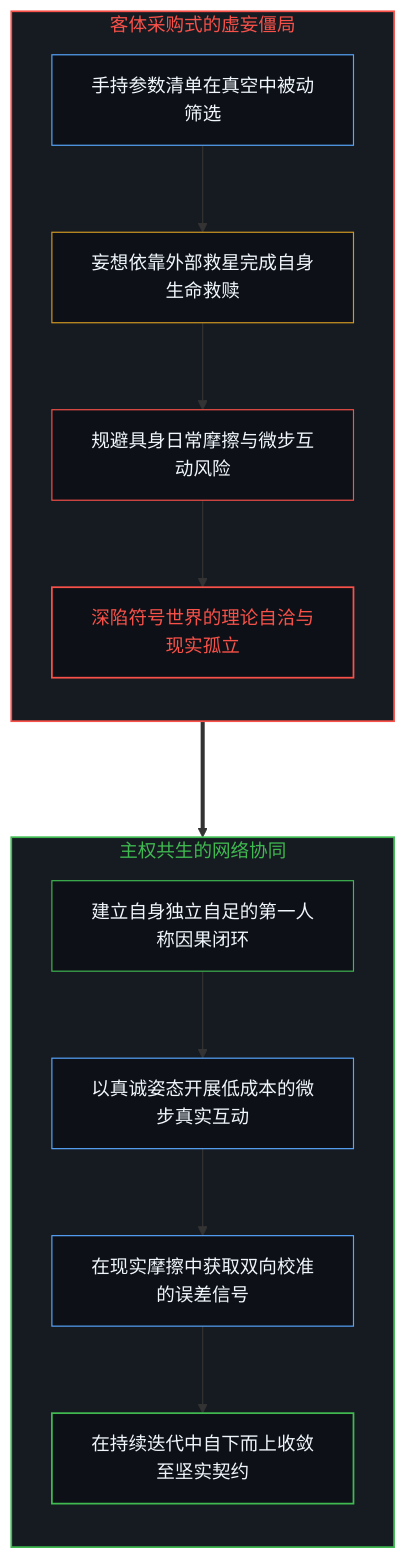
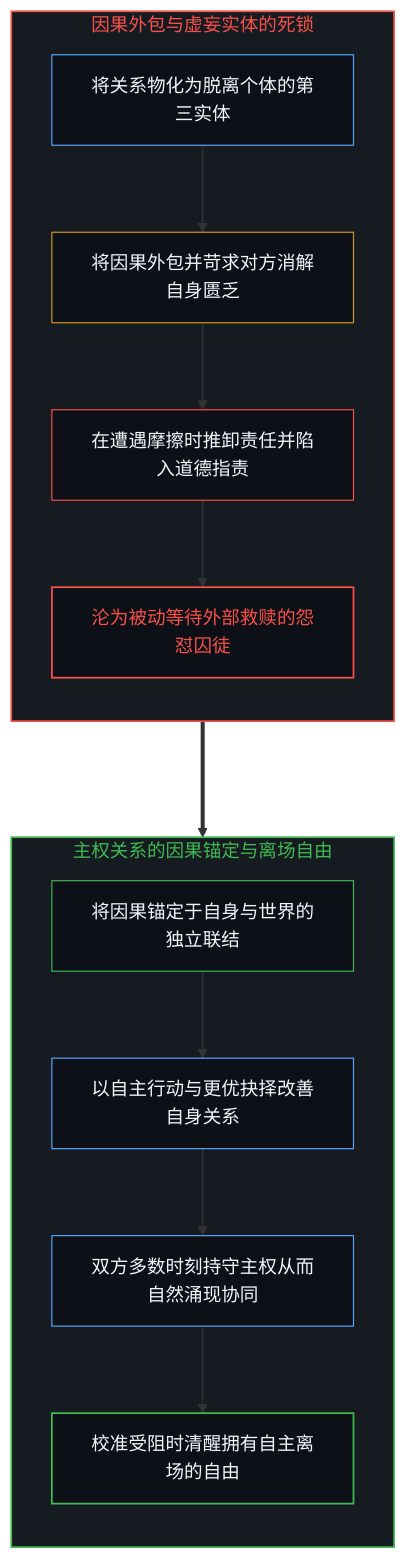
One commit to powerpig99/not-a-toe changed the ninth of 10 diagrams in content/posts/the-causal-inversion-of-partnership.md. Above: the diagram before and after it, drawn with Mermaid. The commit also changed other lines of this file and 3 other files, not shown here.

Commit message:
Refine Post #335: Dissolve the shared relationship illusion and assert sovereign agency and freedom to move on

````diff
--- a/content/posts/the-causal-inversion-of-partnership.md
+++ b/content/posts/the-causal-inversion-of-partnership.md
@@ -299,29 +301,29 @@
 ```mermaid
 graph TD
-    subgraph S_ProcureDeadlock ["客体采购式的虚妄僵局"]
+    subgraph S_OutsourceTrap ["因果外包与虚妄实体的死锁"]
         direction TB
-        M_Wait["手持参数清单在真空中被动筛选"] --> M_Fantasy["妄想依靠外部救星完成自身生命救赎"]
-        M_Fantasy --> M_Severance["规避具身日常摩擦与微步互动风险"]
-        M_Severance --> M_Isolation["深陷符号世界的理论自洽与现实孤立"]
+        O_Reify["将关系物化为脱离个体的第三实体"] --> O_Outsource["将因果外包并苛求对方消解自身匮乏"]
+        O_Outsource --> O_Blame["在遭遇摩擦时推卸责任并陷入道德指责"]
+        O_Blame --> O_Victim["沦为被动等待外部救赎的怨怼囚徒"]
     end
 
-    subgraph S_SymbiosisSynergy ["主权共生的网络协同"]
+    subgraph S_SovereignFreedom ["主权关系的因果锚定与离场自由"]
         direction TB
-        C_Ground["建立自身独立自足的第一人称因果闭环"] --> C_Probe["以真诚姿态开展低成本的微步真实互动"]
-        C_Probe --> C_Gradient["在现实摩擦中获取双向校准的误差信号"]
-        C_Gradient --> C_Convergence["在持续迭代中自下而上收敛至坚实契约"]
+        S_Anchor["将因果锚定于自身与世界的独立联结"] --> S_Action["以自主行动与更优抉择改善自身关系"]
+        S_Action --> S_Emergence["双方多数时刻持守主权从而自然涌现协同"]
+        S_Emergence --> S_Freedom["校准受阻时清醒拥有自主离场的自由"]
     end
 
-    M_Isolation ===> C_Ground
+    O_Victim ===> S_Anchor
 
-    style S_ProcureDeadlock fill:#161b22,stroke:#f85149,stroke-width:1.5px,color:#f85149
-    style S_SymbiosisSynergy fill:#161b22,stroke:#3fb950,stroke-width:1.5px,color:#3fb950
-    style M_Wait fill:#0d1117,stroke:#58a6ff,stroke-width:1px,color:#f0f6fc
-    style M_Fantasy fill:#0d1117,stroke:#d29922,stroke-width:1px,color:#f0f6fc
-    style M_Severance fill:#0d1117,stroke:#f85149,stroke-width:1px,color:#f0f6fc
-    style M_Isolation fill:#0d1117,stroke:#f85149,stroke-width:1.5px,color:#f85149
-    style C_Ground fill:#0d1117,stroke:#3fb950,stroke-width:1px,color:#f0f6fc
-    style C_Probe fill:#0d1117,stroke:#58a6ff,stroke-width:1px,color:#f0f6fc
-    style C_Gradient fill:#0d1117,stroke:#58a6ff,stroke-width:1px,color:#f0f6fc
-    style C_Convergence fill:#0d1117,stroke:#3fb950,stroke-width:1.5px,color:#f0f6fc
+    style S_OutsourceTrap fill:#161b22,stroke:#f85149,stroke-width:1.5px,color:#f85149
+    style S_SovereignFreedom fill:#161b22,stroke:#3fb950,stroke-width:1.5px,color:#3fb950
+    style O_Reify fill:#0d1117,stroke:#58a6ff,stroke-width:1px,color:#f0f6fc
+    style O_Outsource fill:#0d1117,stroke:#d29922,stroke-width:1px,color:#f0f6fc
+    style O_Blame fill:#0d1117,stroke:#f85149,stroke-width:1px,color:#f0f6fc
+    style O_Victim fill:#0d1117,stroke:#f85149,stroke-width:1.5px,color:#f85149
+    style S_Anchor fill:#0d1117,stroke:#3fb950,stroke-width:1px,color:#f0f6fc
+    style S_Action fill:#0d1117,stroke:#58a6ff,stroke-width:1px,color:#f0f6fc
+    style S_Emergence fill:#0d1117,stroke:#58a6ff,stroke-width:1px,color:#f0f6fc
+    style S_Freedom fill:#0d1117,stroke:#3fb950,stroke-width:1.5px,color:#f0f6fc
 ```
````
